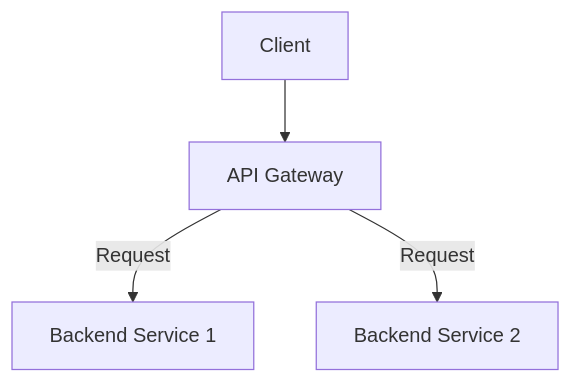
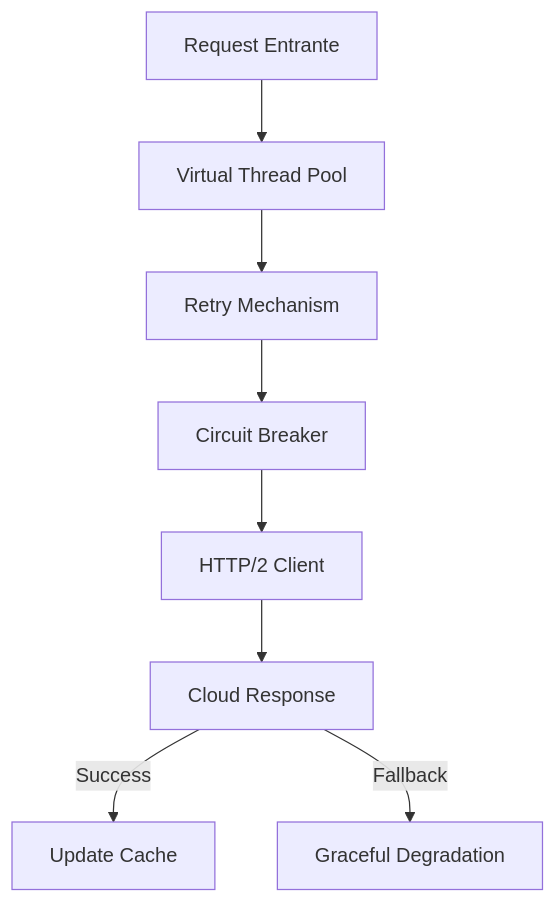
One commit to Joaquinriosheredia/DAM-Java-Mastery changed the third of 7 diagrams in _Review/arquitectura_multi_cloud_y_estrategias_de_portabilidad/arquitectura_multi_cloud_y_estrategias_de_portabilidad.md. Above: the diagram before and after it, drawn with Mermaid. The commit also changed other lines of this file, not shown here.

Commit message:
Arquitectura Multi-Cloud y Estrategias de Portabilidad en Java 21

````diff
--- a/_Review/arquitectura_multi_cloud_y_estrategias_de_portabilidad/arquitectura_multi_cloud_y_estrategias_de_portabilidad.md
+++ b/_Review/arquitectura_multi_cloud_y_estrategias_de_portabilidad/arquitectura_multi_cloud_y_estrategias_de_portabilidad.md
@@ -533,6 +237,10 @@
 ```mermaid
 graph TD
-    Client --> AG[API Gateway]
-    AG -->|Request| B1[Backend Service 1]
-    AG -->|Request| B2[Backend Service 2]
+    REQ[Request Entrante] --> VT[Virtual Thread Pool]
+    VT --> RETRY[Retry Mechanism]
+    RETRY --> CB[Circuit Breaker]
+    CB --> HTTP[HTTP/2 Client]
+    HTTP --> RESP[Cloud Response]
+    RESP -->|Success| CACHE[Update Cache]
+    RESP -->|Fallback| FB[Graceful Degradation]
 ```
````
